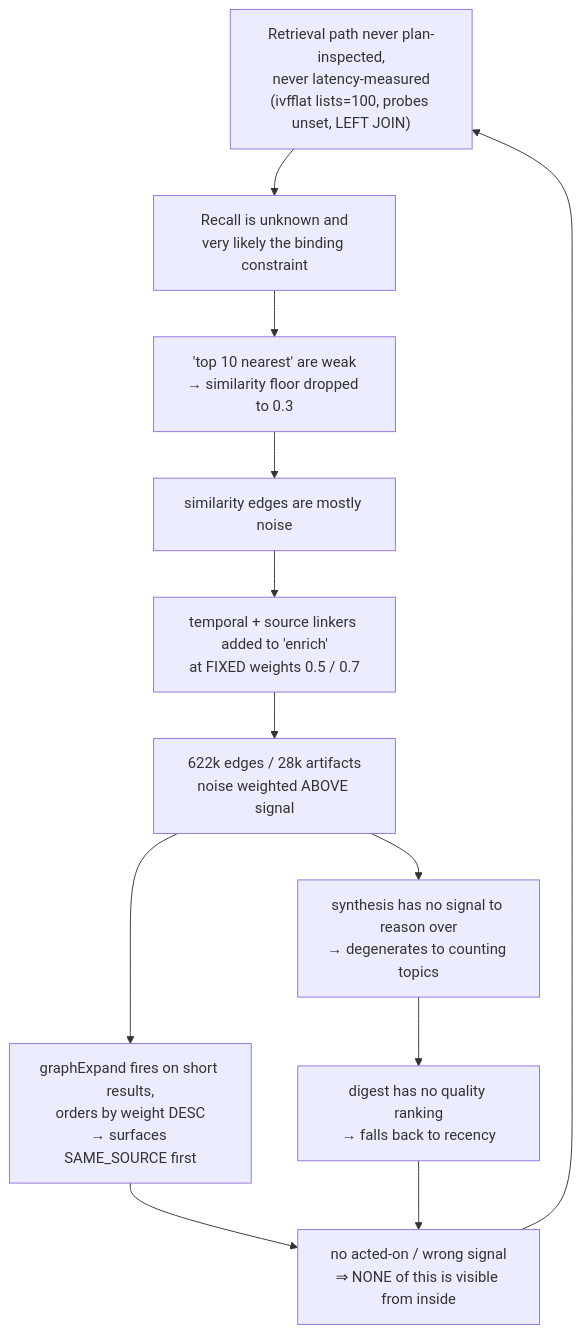
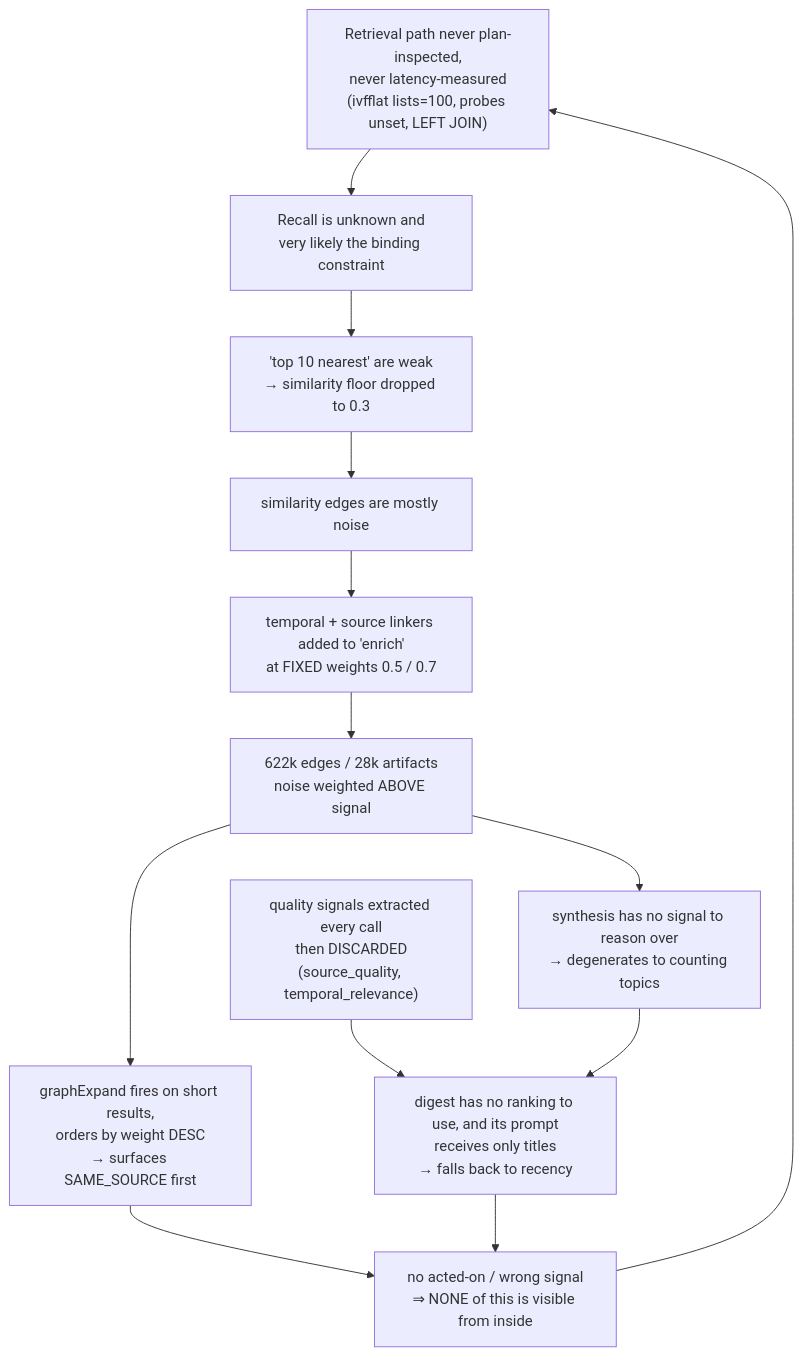
Before and after one commit to pkirsanov/smackerel: the first of 2 diagrams in docs/Product_Direction_2026-07-31.md, drawn with Mermaid. The commit also changed other lines of this file, not shown here.

````diff
--- a/docs/Product_Direction_2026-07-31.md
+++ b/docs/Product_Direction_2026-07-31.md
@@ -121,14 +122,15 @@
 ```mermaid
 graph TD
     A["Retrieval path never plan-inspected,<br/>never latency-measured<br/>(ivfflat lists=100, probes unset, LEFT JOIN)"] --> B["Recall is unknown and<br/>very likely the binding constraint"]
     B --> C["'top 10 nearest' are weak<br/>→ similarity floor dropped to 0.3"]
     C --> D["similarity edges are mostly noise"]
     D --> E["temporal + source linkers added to 'enrich'<br/>at FIXED weights 0.5 / 0.7"]
     E --> F["622k edges / 28k artifacts<br/>noise weighted ABOVE signal"]
     F --> G["graphExpand fires on short results,<br/>orders by weight DESC<br/>→ surfaces SAME_SOURCE first"]
     F --> H["synthesis has no signal to reason over<br/>→ degenerates to counting topics"]
-    H --> I["digest has no quality ranking<br/>→ falls back to recency"]
+    X["quality signals extracted every call<br/>then DISCARDED<br/>(source_quality, temporal_relevance)"] --> I
+    H --> I["digest has no ranking to use, and its prompt<br/>receives only titles<br/>→ falls back to recency"]
     G --> J["no acted-on / wrong signal<br/>⇒ NONE of this is visible from inside"]
     I --> J
     J --> A
 ```
````
